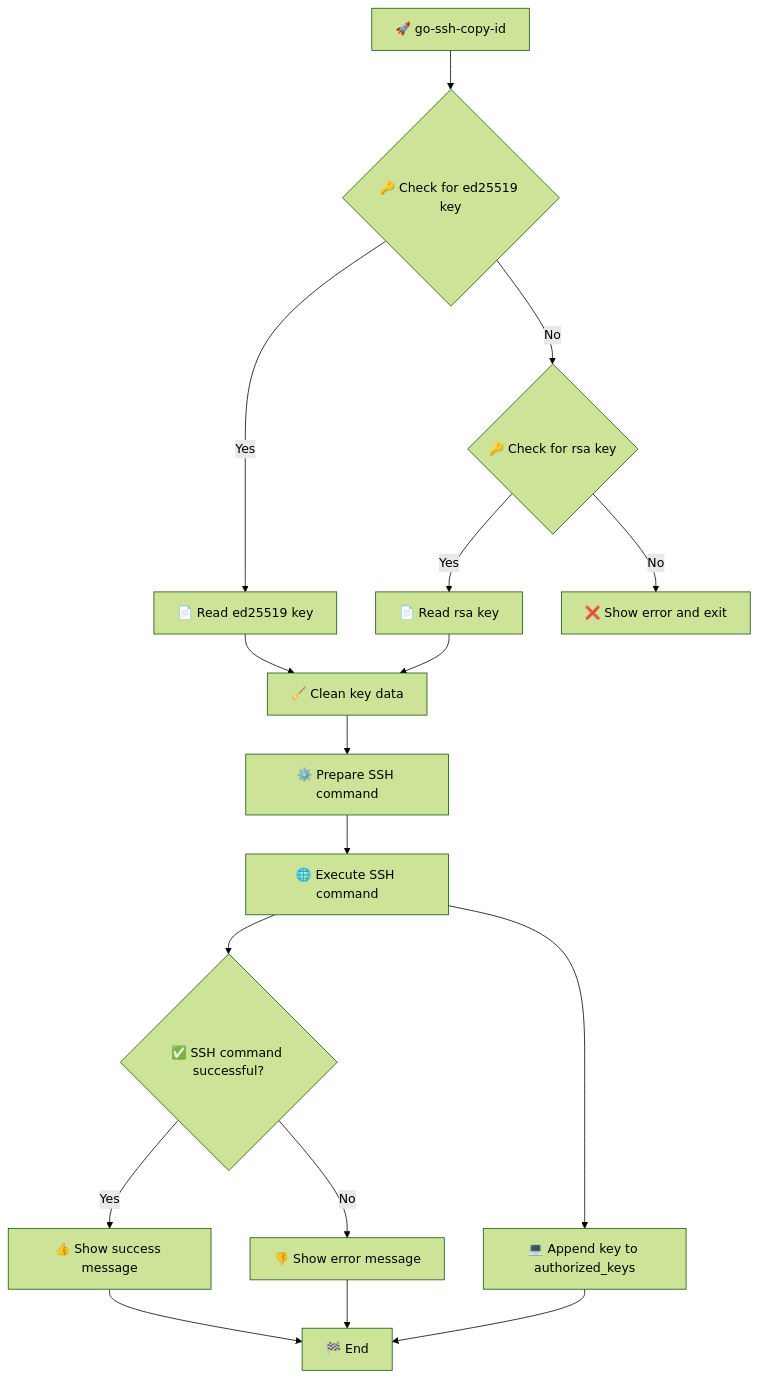
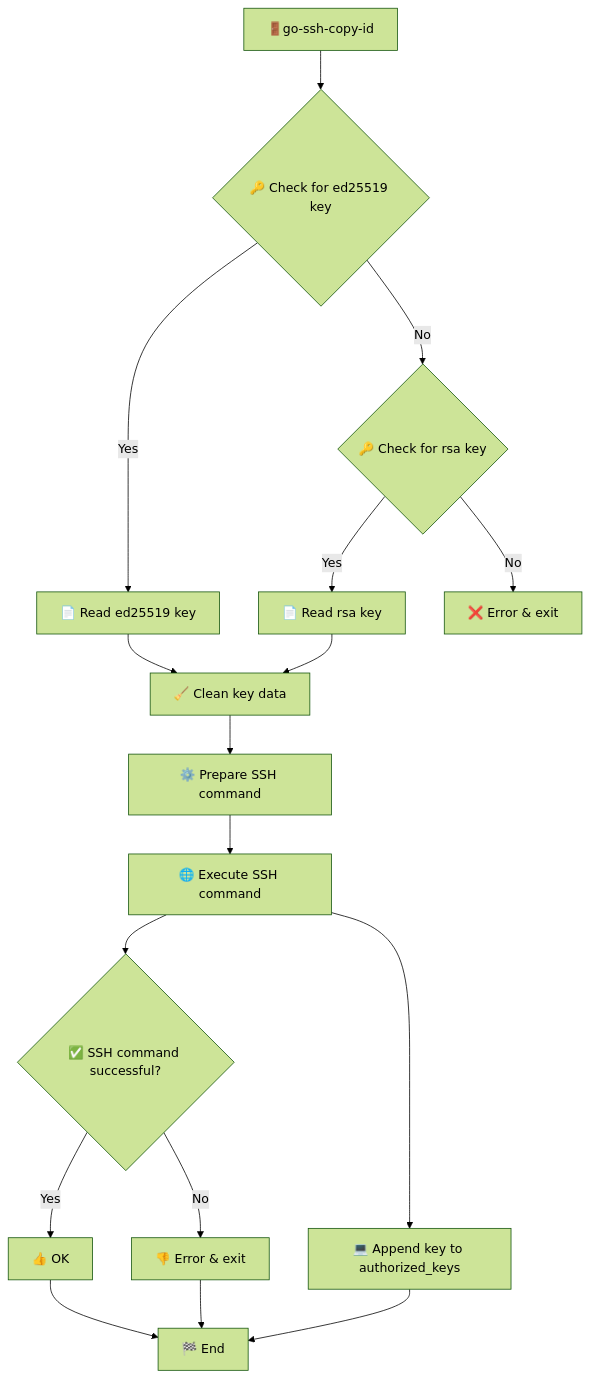
Before and after one commit to gsmitheidw/go-ssh-copy-id: the diagram in README.md, drawn with Mermaid (forest theme).

````diff
--- a/README.md
+++ b/README.md
@@ -21,19 +21,19 @@
 ```mermaid
  graph TD
-    A[🚀 go-ssh-copy-id] --> B{🔑 Check for ed25519 key}
+    A[🚪go-ssh-copy-id] --> B{🔑 Check for ed25519 key}
     B -->|Yes| C[📄 Read ed25519 key]
     B -->|No| D{🔑 Check for rsa key}
     D -->|Yes| E[📄 Read rsa key]
-    D -->|No| F[❌ Show error and exit]
+    D -->|No| F[❌ Error & exit]
     C --> G[🧹 Clean key data]
     E --> G
     G --> H[⚙️ Prepare SSH command]
     H --> I[🌐 Execute SSH command]
     I --> J{✅ SSH command successful?}
-    J -->|Yes| K[👍 Show success message]
-    J -->|No| L[👎 Show error message]
+    J -->|Yes| K[👍 OK ]
+    J -->|No| L[👎 Error & exit]
     K --> M[🏁 End]
     L --> M
     I --> N[💻 Append key to authorized_keys]
     N --> M 
 ```
````
